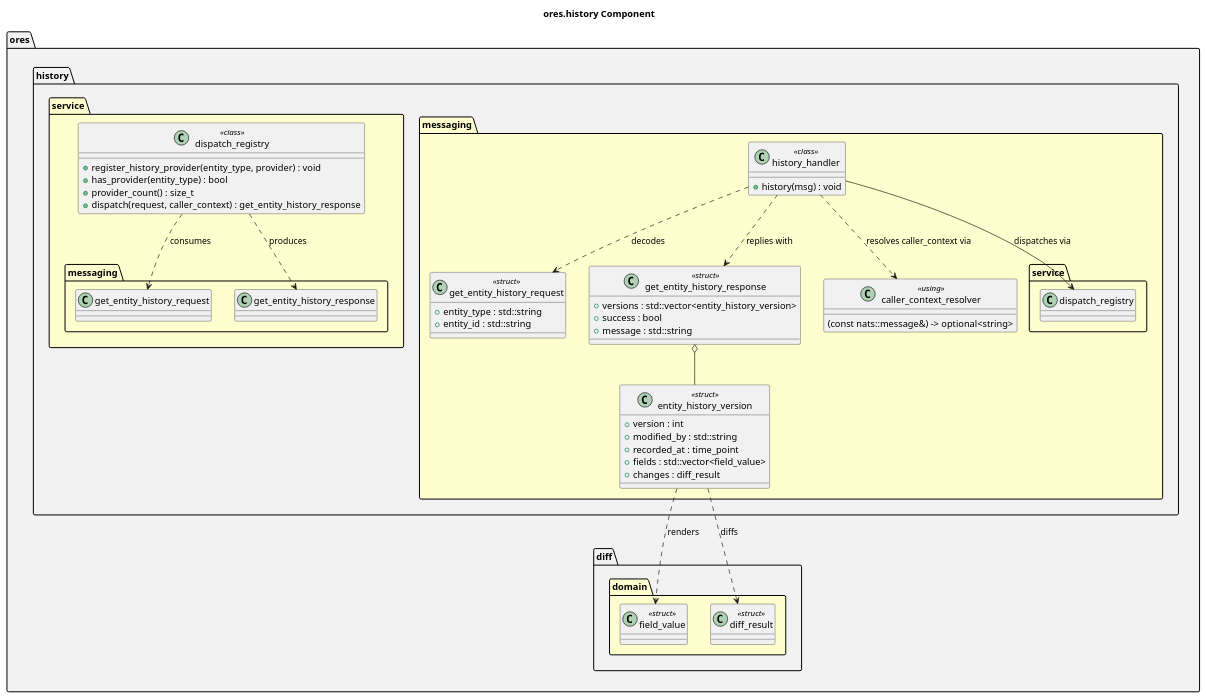
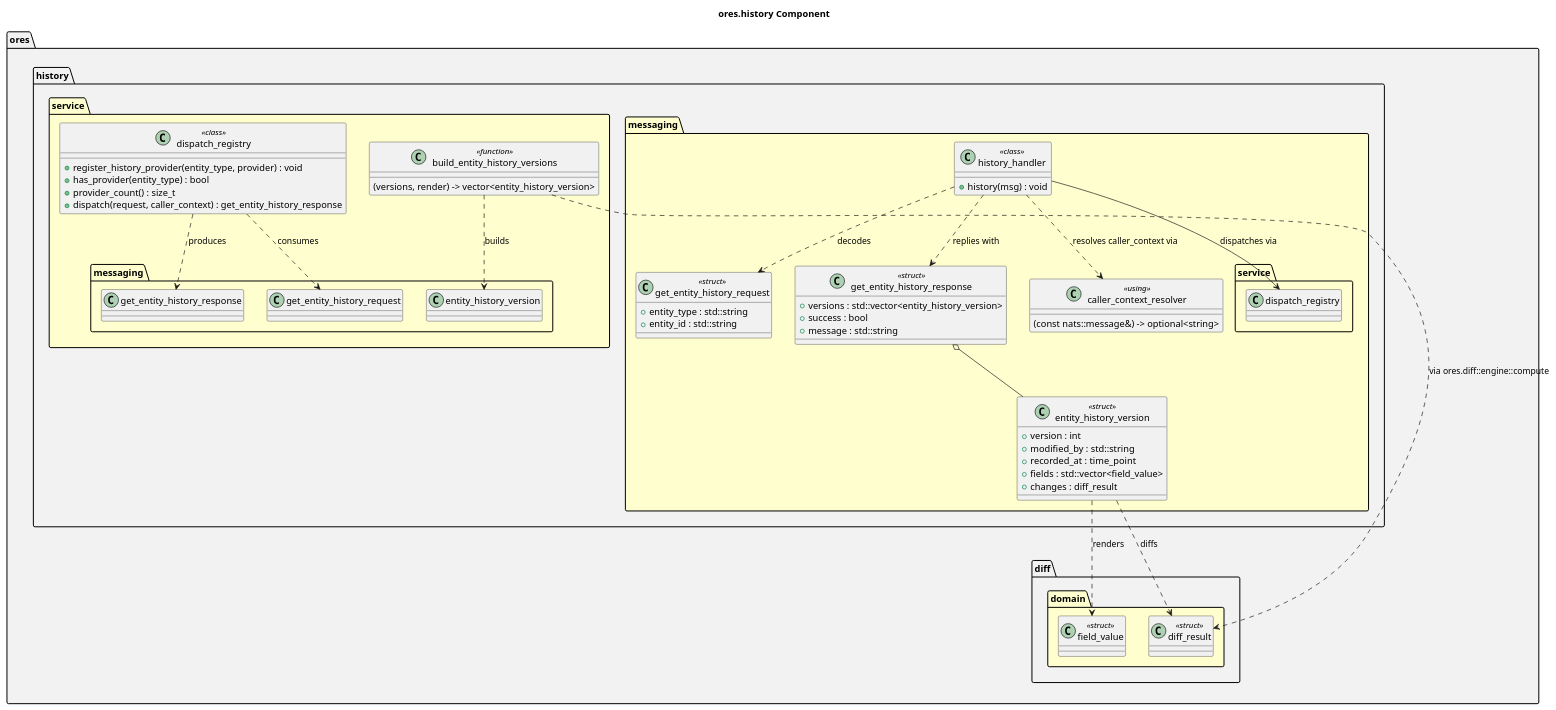
The diagram in projects/ores.history/modeling/ores.history.puml (OreStudio/OreStudio), drawn with PlantUML before and after one commit. The commit also changed 4 other files, not shown here.

First line of the commit message:
[history] Add build_entity_history_versions

```diff
--- a/projects/ores.history/modeling/ores.history.puml
+++ b/projects/ores.history/modeling/ores.history.puml
@@ -18,70 +18,76 @@
 @startuml
 
 title ores.history Component
 
 set namespaceSeparator ::
 
 namespace ores #F2F2F2 {
     namespace diff #F2F2F2 {
         namespace domain #FEFECE {
             class field_value <<struct>>
             class diff_result <<struct>>
         }
     }
     namespace history #F2F2F2 {
         namespace messaging #FEFECE {
             class get_entity_history_request <<struct>> {
                 +entity_type : std::string
                 +entity_id : std::string
             }
             class get_entity_history_response <<struct>> {
                 +versions : std::vector<entity_history_version>
                 +success : bool
                 +message : std::string
             }
             class entity_history_version <<struct>> {
                 +version : int
                 +modified_by : std::string
                 +recorded_at : time_point
                 +fields : std::vector<field_value>
                 +changes : diff_result
             }
             get_entity_history_response o-- entity_history_version
             entity_history_version ..> ores::diff::domain::field_value : renders
             entity_history_version ..> ores::diff::domain::diff_result : diffs
 
             class history_handler <<class>> {
                 +history(msg) : void
             }
             history_handler --> service::dispatch_registry : dispatches via
             history_handler ..> get_entity_history_request : decodes
             history_handler ..> get_entity_history_response : replies with
             history_handler ..> caller_context_resolver : resolves caller_context via
 
             class caller_context_resolver <<using>> {
                 (const nats::message&) -> optional<string>
             }
         }
         namespace service #FEFECE {
             class dispatch_registry <<class>> {
                 +register_history_provider(entity_type, provider) : void
                 +has_provider(entity_type) : bool
                 +provider_count() : size_t
                 +dispatch(request, caller_context) : get_entity_history_response
             }
             dispatch_registry ..> messaging::get_entity_history_request : consumes
             dispatch_registry ..> messaging::get_entity_history_response : produces
+
+            class build_entity_history_versions <<function>> {
+                (versions, render) -> vector<entity_history_version>
+            }
+            build_entity_history_versions ..> messaging::entity_history_version : builds
+            build_entity_history_versions ..> ores::diff::domain::diff_result : via ores.diff::engine::compute
         }
     }
 }
 
 note right of ores::history::messaging::history_handler
   register_history_handlers(nats, registry, queue_group, resolve_context)
   subscribes the single history.v1.get subject to a
   history_handler backed by the caller-owned registry.
   caller_context is opaque to ores.history: the resolver
   and each history_provider agree on its shape privately
   (typically tenant_id, optionally party_id/actor).
 end note
 
 @enduml
```
